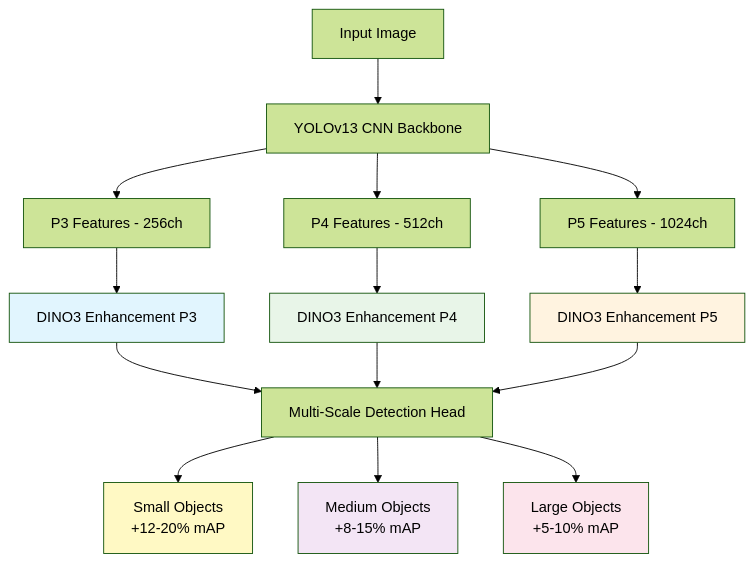
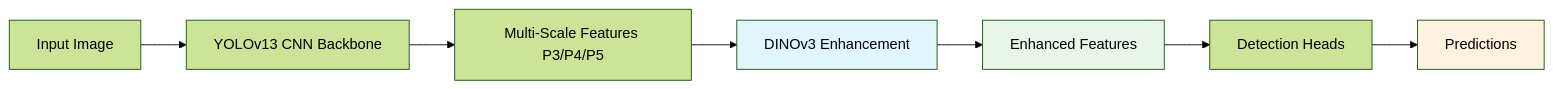
The diagram in README.md (Sompote/DINOV3_YOLO), drawn with Mermaid (forest theme) before and after one commit. The commit also changed other lines of this file, not shown here.

````diff
--- a/README.md
+++ b/README.md
@@ -286,26 +249,13 @@
 ```mermaid
-graph TD
+graph LR
     A[Input Image] --> B[YOLOv13 CNN Backbone]
-    B --> C[P3 Features - 256ch]
-    B --> D[P4 Features - 512ch]
-    B --> E[P5 Features - 1024ch]
+    B --> C[Multi-Scale Features P3/P4/P5]
+    C --> D[DINOv3 Enhancement]
+    D --> E[Enhanced Features]
+    E --> F[Detection Heads]
+    F --> G[Predictions]
     
-    C --> F[DINO3 Enhancement P3]
-    D --> G[DINO3 Enhancement P4]
-    E --> H[DINO3 Enhancement P5]
-    
-    F --> I[Multi-Scale Detection Head]
-    G --> I
-    H --> I
-    
-    I --> J[Small Objects<br/>+12-20% mAP]
-    I --> K[Medium Objects<br/>+8-15% mAP]
-    I --> L[Large Objects<br/>+5-10% mAP]
-    
-    style F fill:#e1f5fe
-    style G fill:#e8f5e8
-    style H fill:#fff3e0
-    style J fill:#fff9c4
-    style K fill:#f3e5f5
-    style L fill:#fce4ec
+    style D fill:#e1f5fe
+    style E fill:#e8f5e8
+    style G fill:#fff3e0
 ```
````
